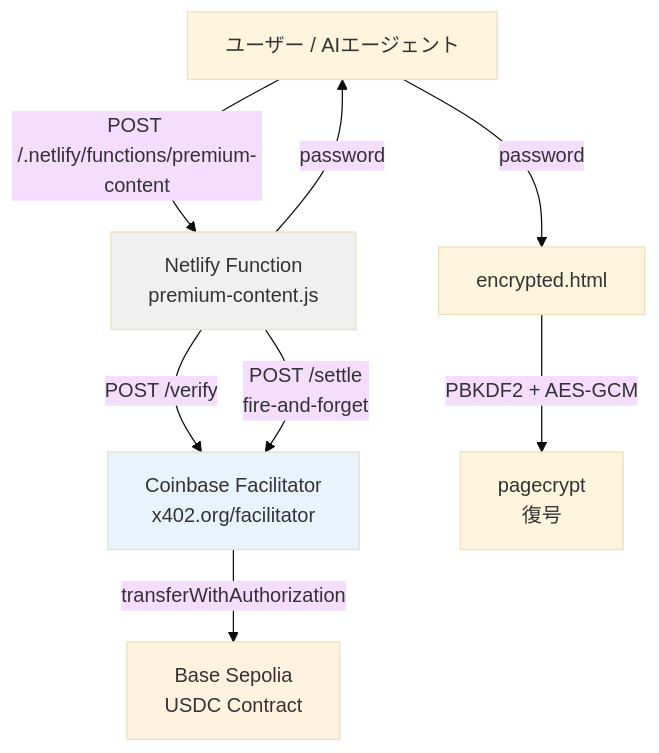
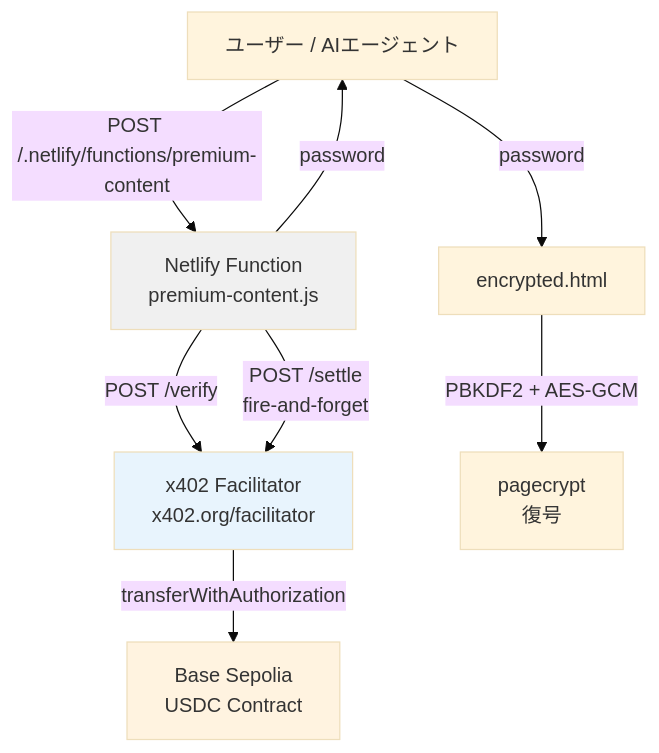
The second of 4 diagrams in src/content/blog/2026-05-08-x402-protocol-ai-agent-micropayment.md (tubone24/blog), drawn with Mermaid (base theme) before and after one commit. The commit also changed other lines of this file, not shown here.

````diff
--- a/src/content/blog/2026-05-08-x402-protocol-ai-agent-micropayment.md
+++ b/src/content/blog/2026-05-08-x402-protocol-ai-agent-micropayment.md
@@ -183,15 +249,15 @@
 ```mermaid
 flowchart TD
     U[ユーザー / AIエージェント] -->|POST /.netlify/functions/premium-content| NF
     NF[Netlify Function\npremium-content.js] -->|POST /verify| FA
     NF -->|POST /settle\nfire-and-forget| FA
-    FA[Coinbase Facilitator\nx402.org/facilitator] -->|transferWithAuthorization| BC
+    FA[x402 Facilitator\nx402.org/facilitator] -->|transferWithAuthorization| BC
     BC[Base Sepolia\nUSDC Contract]
     NF -->|password| U
     U -->|password| EH[encrypted.html]
     EH -->|PBKDF2 + AES-GCM| PC[pagecrypt\n復号]
 
     style NF fill:#f0f0f0
     style FA fill:#e8f4fd
     style BC fill:#fff3e0
 ```
````
